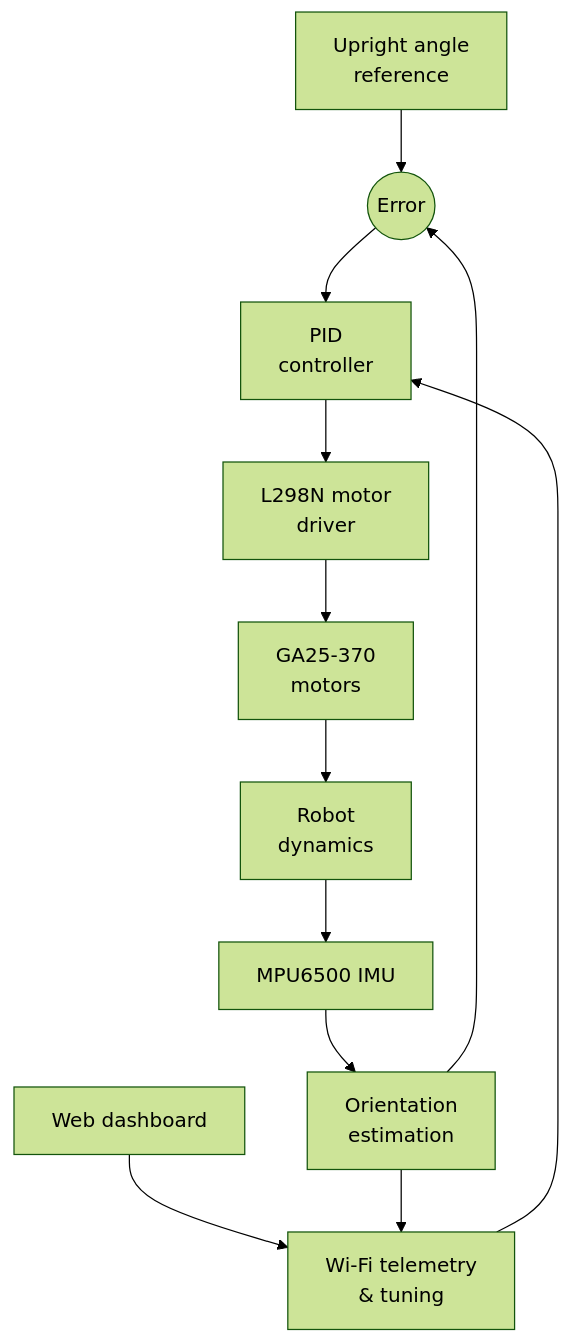
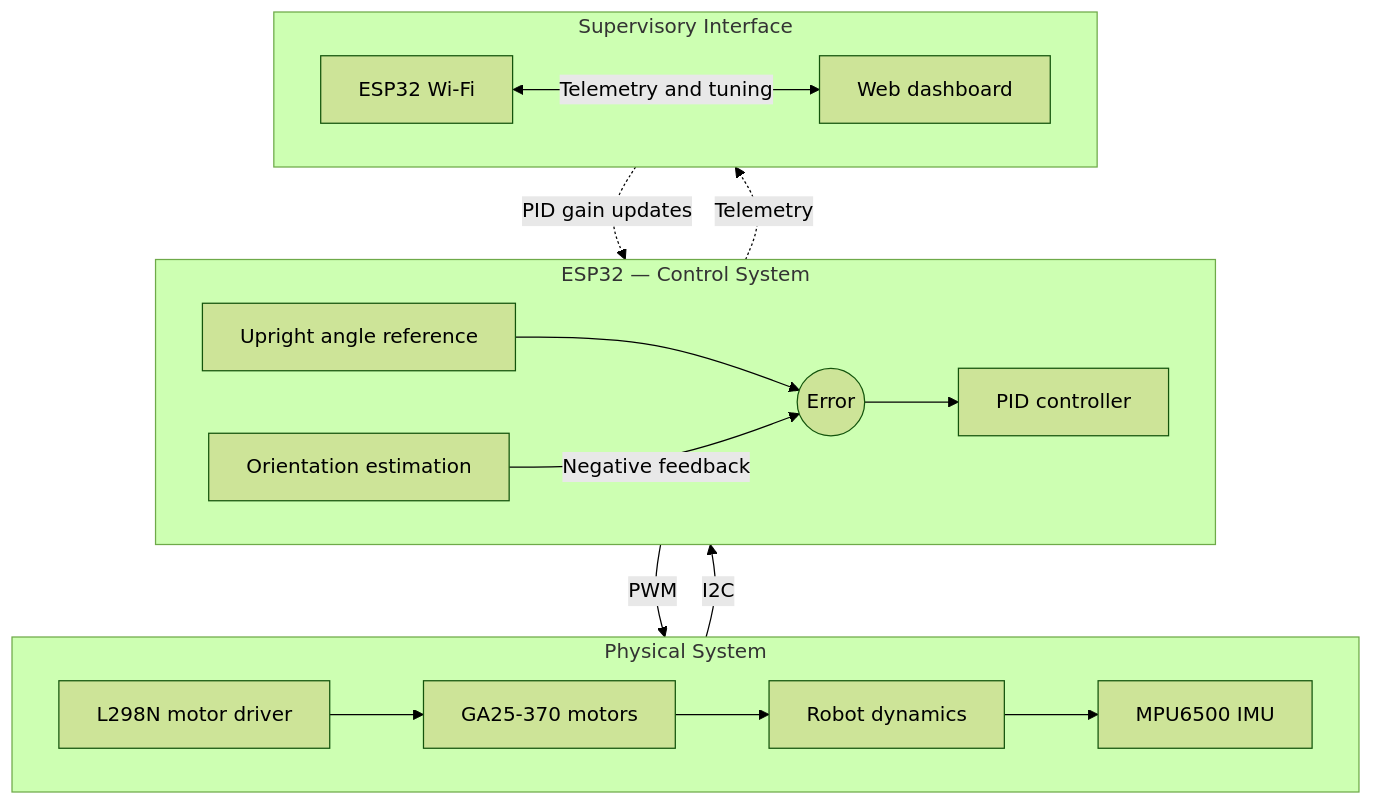
Before and after one commit to ChuongHKNguyen/esp32-self-balancing-robot: the diagram in README.md, drawn with Mermaid (forest theme).

````diff
--- a/README.md
+++ b/README.md
@@ -63,27 +63,26 @@
 ```mermaid
 flowchart TD
-    A[Upright angle<br/>reference]
-    B((Error))
-    C[PID<br/>controller]
-    D[L298N motor<br/>driver]
-    E[GA25-370<br/>motors]
-    F[Robot<br/>dynamics]
-    G[MPU6500 IMU]
-    H[Orientation<br/>estimation]
+    subgraph S1["ESP32 — Control System"]
+        direction LR
+        A[Upright angle reference] --> B((Error))
+        B --> C[PID controller]
+        H[Orientation estimation] -->|Negative feedback| B
+    end
 
-    I[Web dashboard]
-    J[Wi-Fi telemetry<br/>& tuning]
+    subgraph S2["Physical System"]
+        direction LR
+        D[L298N motor driver] --> E[GA25-370 motors]
+        E --> F[Robot dynamics]
+        F --> G[MPU6500 IMU]
+    end
 
-    A --> B
-    H --> B
-    B --> C
-    C --> D
-    D --> E
-    E --> F
-    F --> G
-    G --> H
+    subgraph S3["Supervisory Interface"]
+        direction LR
+        I[ESP32 Wi-Fi] <-->|Telemetry and tuning| J[Web dashboard]
+    end
 
-    I --> J
-    J --> C
-    H --> J
+    C -->|PWM| D
+    G -->|I2C| H
+    H -.->|Telemetry| I
+    I -.->|PID gain updates| C
 ```
````
